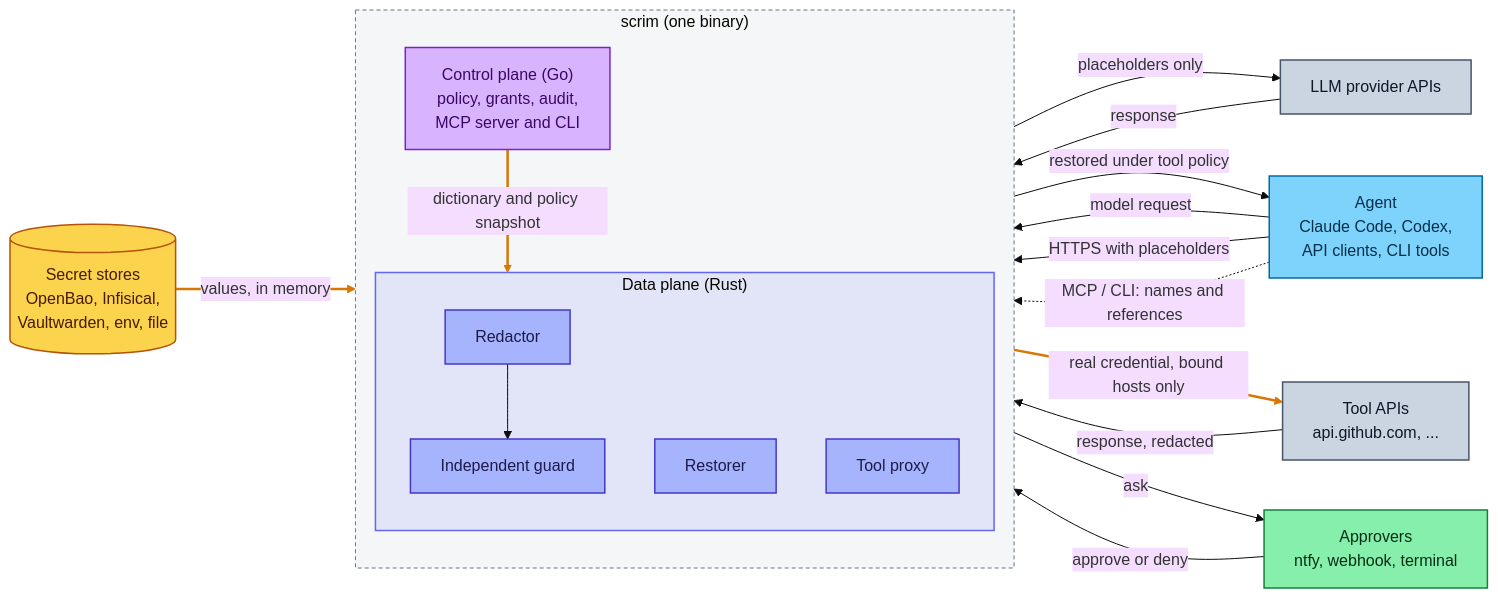
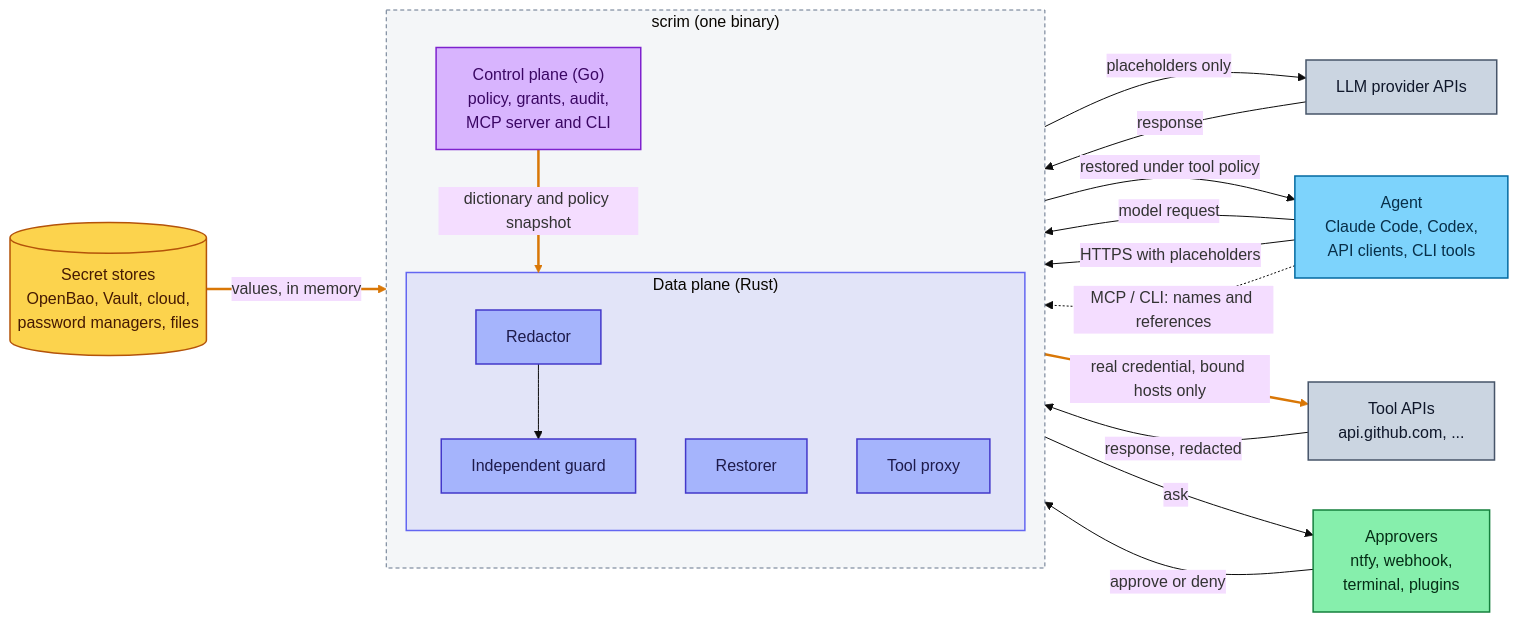
One commit to Heliopsy/scrim changed the diagram in README.md. Above: the diagram before and after it, drawn with Mermaid (base theme). The commit also changed other lines of this file and 31 other files, not shown here.

````diff
--- a/README.md
+++ b/README.md
@@ -46,49 +43,49 @@
 ```mermaid
 flowchart LR
   agent["Agent<br>Claude Code, Codex,<br>API clients, CLI tools"]
 
   subgraph scrim["scrim (one binary)"]
     direction TB
     subgraph dp["Data plane (Rust)"]
       red["Redactor"] --> guard["Independent guard"]
       rest["Restorer"]
       tp["Tool proxy"]
     end
     cp["Control plane (Go)<br>policy, grants, audit,<br>MCP server and CLI"]
   end
 
-  stores[("Secret stores<br>OpenBao, Infisical,<br>Vaultwarden, env, file")]
-  approvers["Approvers<br>ntfy, webhook, terminal"]
+  stores[("Secret stores<br>OpenBao, Vault, cloud,<br>password managers, files")]
+  approvers["Approvers<br>ntfy, webhook,<br>terminal, plugins"]
   provider["LLM provider APIs"]
   toolapis["Tool APIs<br>api.github.com, ..."]
 
   agent -- "model request" --> red
   guard -- "placeholders only" --> provider
   provider -- "response" --> rest
   rest -- "restored under tool policy" --> agent
   agent -- "HTTPS with placeholders" --> tp
   tp -- "real credential, bound hosts only" --> toolapis
   toolapis -- "response, redacted" --> tp
   agent -. "MCP / CLI: names and references" .-> cp
   stores -- "values, in memory" --> cp
   cp -- "dictionary and policy snapshot" --> dp
   cp -- "ask" --> approvers
   approvers -- "approve or deny" --> cp
   classDef agent fill:#7dd3fc,stroke:#0369a1,stroke-width:1.5px,color:#082f49
   classDef dplane fill:#a5b4fc,stroke:#4338ca,stroke-width:1.5px,color:#1e1b4b
   classDef cplane fill:#d8b4fe,stroke:#7e22ce,stroke-width:1.5px,color:#3b0764
   classDef store fill:#fcd34d,stroke:#b45309,stroke-width:1.5px,color:#451a03
   classDef ext fill:#cbd5e1,stroke:#475569,stroke-width:1.5px,color:#0f172a
   classDef human fill:#86efac,stroke:#15803d,stroke-width:1.5px,color:#052e16
   classDef zone fill:#94a3b81a,stroke:#64748b,stroke-width:1px,stroke-dasharray:4 3
   classDef dpzone fill:#6366f11f,stroke:#6366f1,stroke-width:1.5px
   class agent agent
   class red,guard,rest,tp dplane
   class cp cplane
   class stores store
   class provider,toolapis ext
   class approvers human
   class scrim zone
   class dp dpzone
   linkStyle 6,9,10 stroke:#d97706,stroke-width:2.5px
 ```
````
